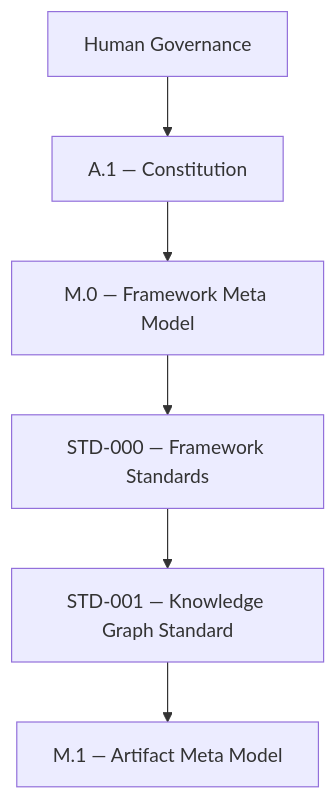
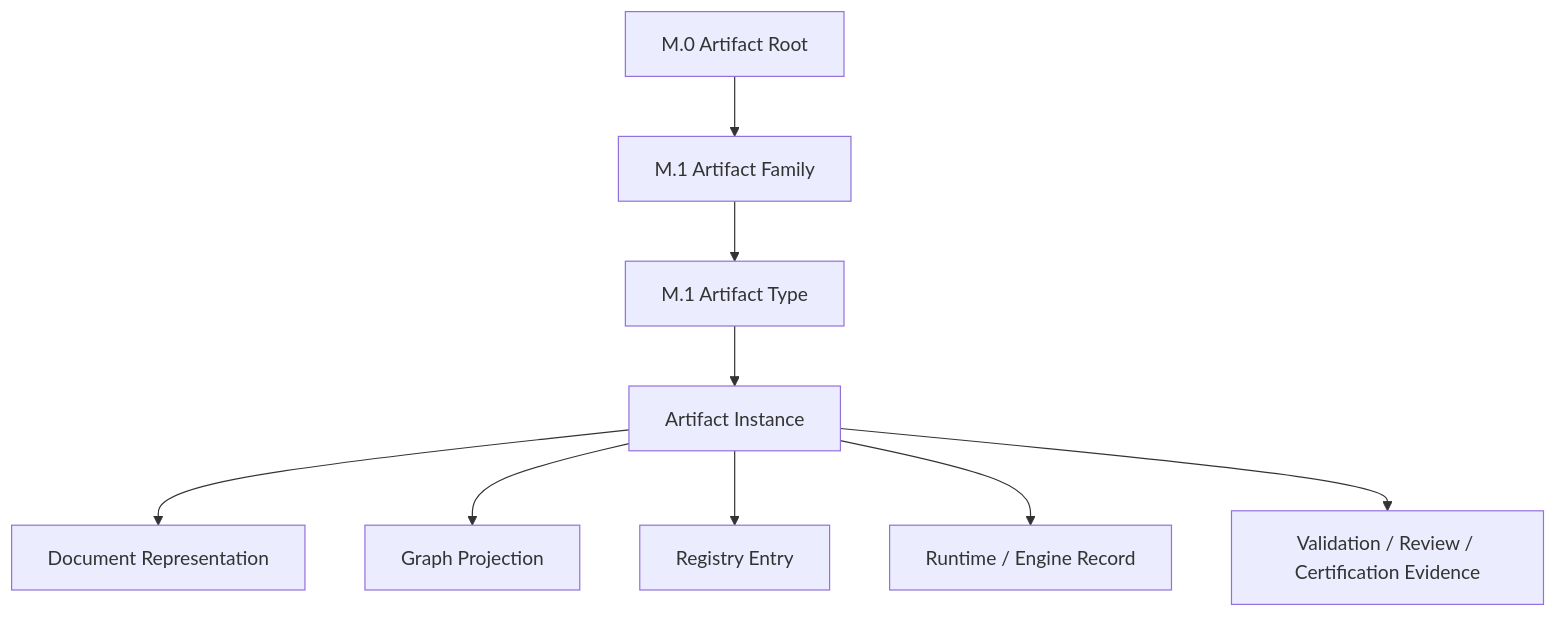
The third of 13 diagrams in docs/AI/Meta/M.1-Artifact-Meta-Model.md (doallon/forge-ai), drawn with Mermaid before and after one commit. The commit also changed other lines of this file, not shown here.

Commit message:
Align M.1 artifact meta model

````diff
--- a/docs/AI/Meta/M.1-Artifact-Meta-Model.md
+++ b/docs/AI/Meta/M.1-Artifact-Meta-Model.md
@@ -270,8 +188,11 @@
 ```mermaid
 graph TD
-    HG["Human Governance"] --> A1["A.1 — Constitution"]
-    A1 --> M0["M.0 — Framework Meta Model"]
-    M0 --> STD000["STD-000 — Framework Standards"]
-    STD000 --> STD001["STD-001 — Knowledge Graph Standard"]
-    STD001 --> M1["M.1 — Artifact Meta Model"]
+    ROOT["M.0 Artifact Root"] --> FAM["M.1 Artifact Family"]
+    FAM --> TYPE["M.1 Artifact Type"]
+    TYPE --> INST["Artifact Instance"]
+    INST --> REP1["Document Representation"]
+    INST --> REP2["Graph Projection"]
+    INST --> REP3["Registry Entry"]
+    INST --> REP4["Runtime / Engine Record"]
+    INST --> REP5["Validation / Review / Certification Evidence"]
 ```
````
